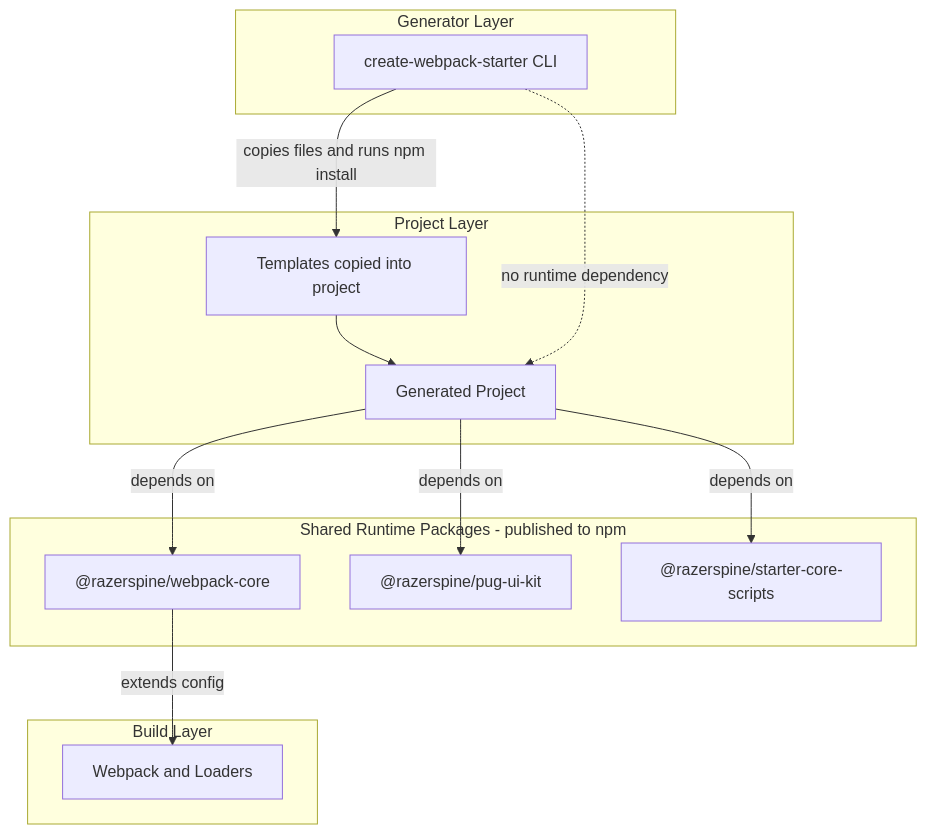
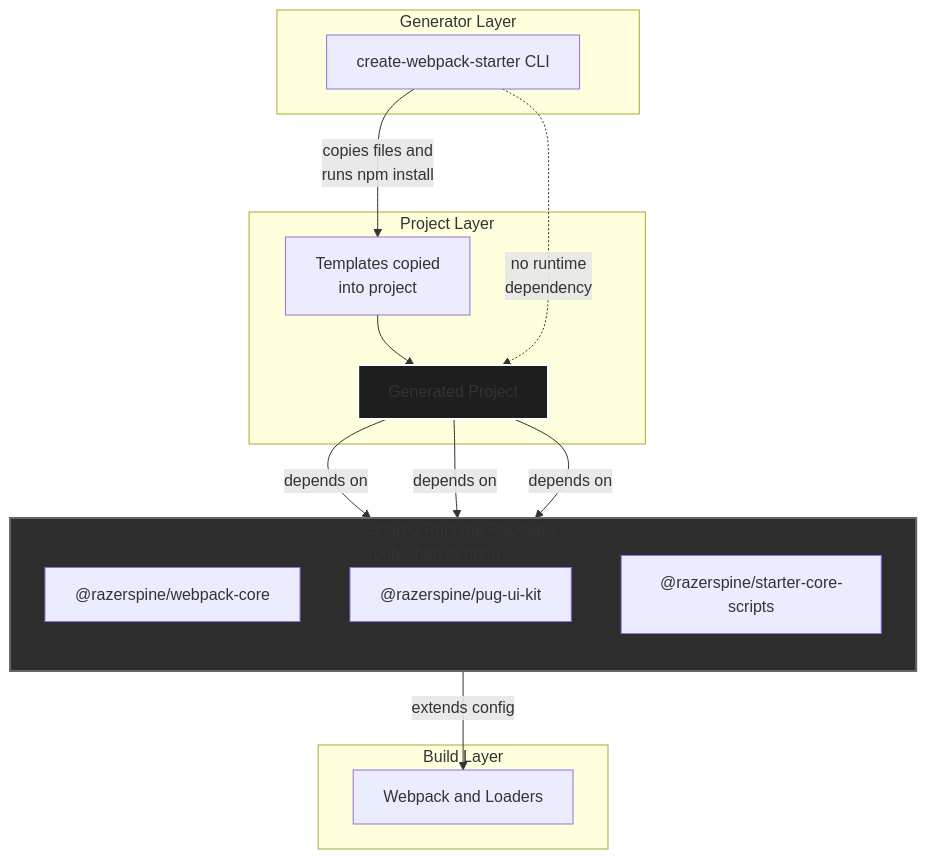
Before and after one commit to Razerspine/razerspine-stack: the diagram in docs/architecture.md, drawn with Mermaid.

Commit message:
fix diagram and add styles

````diff
--- a/docs/architecture.md
+++ b/docs/architecture.md
@@ -6,47 +6,52 @@
 ```mermaid
 flowchart TD
 
 %% =========================
 %% Generator Layer
 %% =========================
-subgraph L1["Generator Layer"]
+subgraph L1 ["Generator Layer"]
     CLI["create-webpack-starter CLI"]
 end
 
 %% =========================
 %% Project Layer
 %% =========================
-subgraph L2["Project Layer"]
-    TEMPLATES["Templates copied into project"]
+subgraph L2 ["Project Layer"]
+    TEMPLATES["Templates copied<br/>into project"]
     PROJECT["Generated Project"]
 end
 
 %% =========================
 %% Runtime Layer
 %% =========================
-subgraph L3["Shared Runtime Packages - published to npm"]
+subgraph L3 ["Shared Runtime Packages<br/>(published to npm)"]
+    direction TB
     CORE["@razerspine/webpack-core"]
     UI["@razerspine/pug-ui-kit"]
     SCRIPTS["@razerspine/starter-core-scripts"]
 end
 
 %% =========================
 %% Build Layer
 %% =========================
-subgraph L4["Build Layer"]
+subgraph L4 ["Build Layer"]
     WEBPACK["Webpack and Loaders"]
 end
 
 %% Flow
-CLI -->|copies files and runs npm install| TEMPLATES
+CLI -- "copies files and<br/>runs npm install" --> TEMPLATES
 TEMPLATES --> PROJECT
 
-PROJECT -->|depends on| CORE
-PROJECT -->|depends on| UI
-PROJECT -->|depends on| SCRIPTS
+PROJECT -- "depends on" --> CORE
+PROJECT -- "depends on" --> UI
+PROJECT -- "depends on" --> SCRIPTS
 
-CORE -->|extends config| WEBPACK
+CORE -- "extends config" --> WEBPACK
 
 %% Important constraint
-CLI -.->|no runtime dependency| PROJECT
+CLI -.->|"no runtime<br/>dependency"| PROJECT
+
+%% Styling for clarity
+style L3 fill:#2d2d2d,stroke:#666,stroke-width:2px
+style PROJECT fill:#1e1e1e,stroke:#fff,stroke-width:2px
 ```
````
